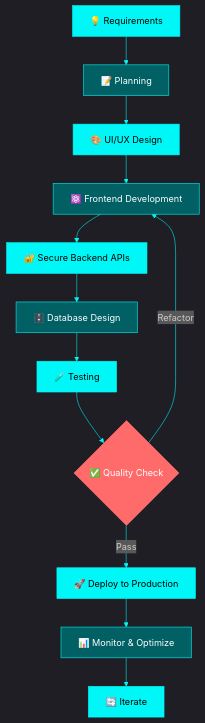
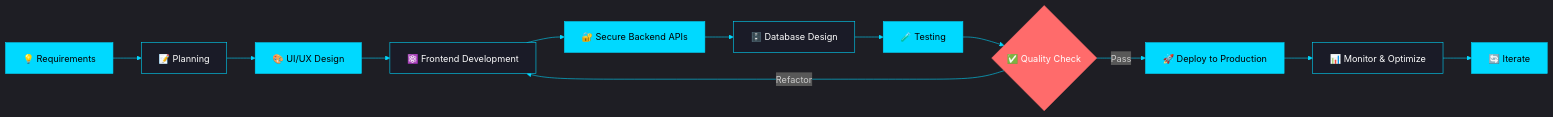
One commit to Nashid-k/Nashid-k changed the diagram in README.md. Above: the diagram before and after it, drawn with Mermaid. The commit also changed other lines of this file, not shown here.

````diff
--- a/README.md
+++ b/README.md
@@ -168,27 +180,27 @@
 ```mermaid
-%%{init: {'theme':'dark', 'themeVariables': { 'primaryColor':'#00f7f7','primaryTextColor':'#fff','primaryBorderColor':'#00f7f7','lineColor':'#00f7f7','secondaryColor':'#006064','tertiaryColor':'#0D1117'}}}%%
-flowchart TB
+%%{init: {'theme':'dark', 'themeVariables': { 'primaryColor':'#00D9FF','primaryTextColor':'#fff','primaryBorderColor':'#00D9FF','lineColor':'#00D9FF','secondaryColor':'#1a1b27','tertiaryColor':'#1a1b27'}}}%%
+flowchart LR
     A[💡 Requirements] --> B[📝 Planning]
     B --> C[🎨 UI/UX Design]
     C --> D[⚛️ Frontend Development]
     D --> E[🔐 Secure Backend APIs]
     E --> F[🗄️ Database Design]
     F --> G[🧪 Testing]
     G --> H{✅ Quality Check}
     H -->|Pass| I[🚀 Deploy to Production]
     H -->|Refactor| D
     I --> J[📊 Monitor & Optimize]
     J --> K[🔄 Iterate]
     
-    style A fill:#00f7f7,stroke:#00f7f7,color:#000
-    style B fill:#006064,stroke:#00f7f7,color:#fff
-    style C fill:#00f7f7,stroke:#00f7f7,color:#000
-    style D fill:#006064,stroke:#00f7f7,color:#fff
-    style E fill:#00f7f7,stroke:#00f7f7,color:#000
-    style F fill:#006064,stroke:#00f7f7,color:#fff
-    style G fill:#00f7f7,stroke:#00f7f7,color:#000
+    style A fill:#00D9FF,stroke:#00D9FF,color:#000
+    style B fill:#1a1b27,stroke:#00D9FF,color:#fff
+    style C fill:#00D9FF,stroke:#00D9FF,color:#000
+    style D fill:#1a1b27,stroke:#00D9FF,color:#fff
+    style E fill:#00D9FF,stroke:#00D9FF,color:#000
+    style F fill:#1a1b27,stroke:#00D9FF,color:#fff
+    style G fill:#00D9FF,stroke:#00D9FF,color:#000
     style H fill:#ff6b6b,stroke:#ff6b6b,color:#fff
-    style I fill:#00f7f7,stroke:#00f7f7,color:#000
-    style J fill:#006064,stroke:#00f7f7,color:#fff
-    style K fill:#00f7f7,stroke:#00f7f7,color:#000
+    style I fill:#00D9FF,stroke:#00D9FF,color:#000
+    style J fill:#1a1b27,stroke:#00D9FF,color:#fff
+    style K fill:#00D9FF,stroke:#00D9FF,color:#000
 ```
````
